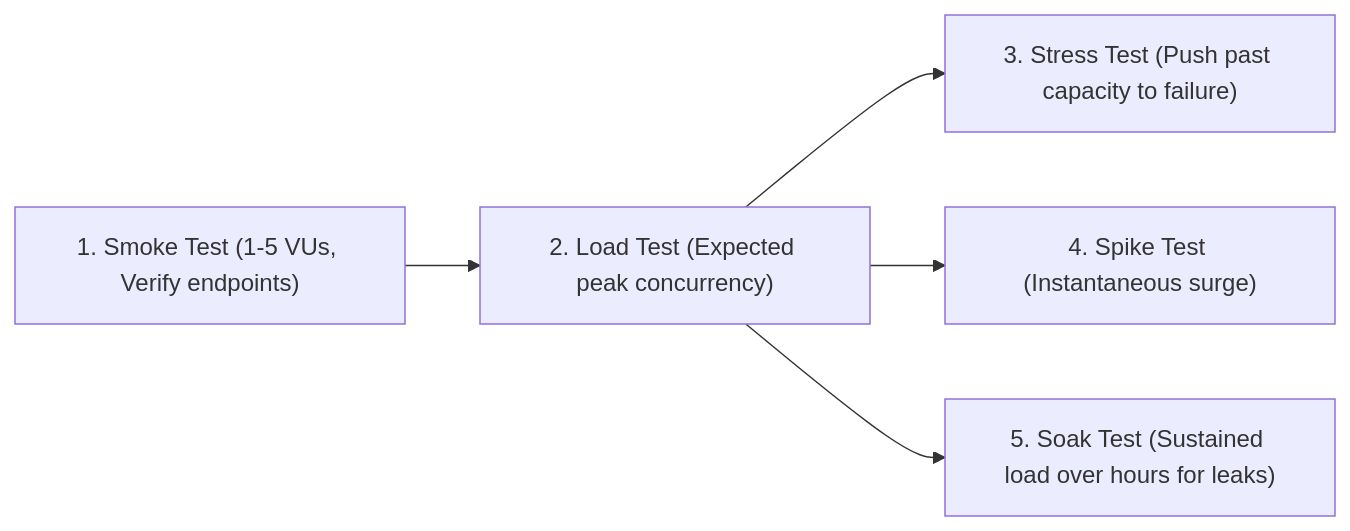
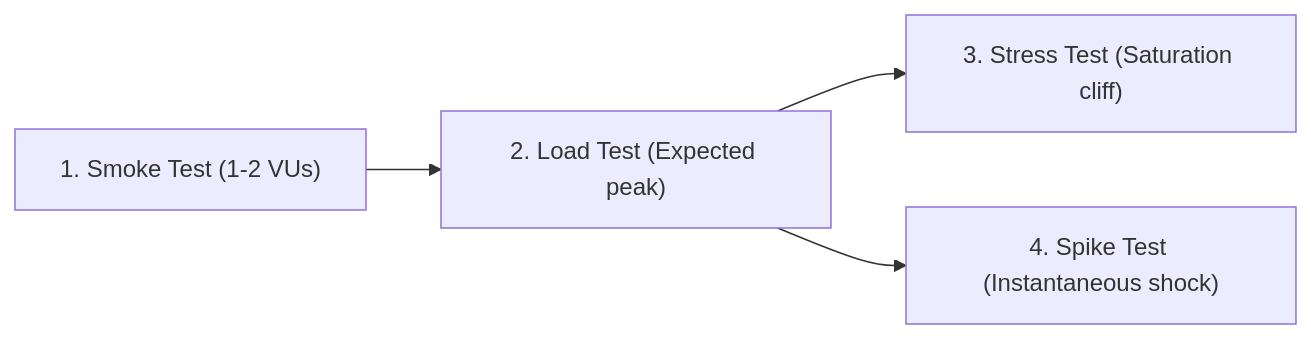
Before and after one commit to sodiqscript111/SRE_toolkit: the diagram in performance-testing/README.md, drawn with Mermaid. The commit also changed other lines of this file and 68 other files, not shown here.

````diff
--- a/performance-testing/README.md
+++ b/performance-testing/README.md
@@ -9,12 +9,6 @@
 ```mermaid
 flowchart LR
-    Smoke["1. Smoke Test (1-5 VUs, Verify endpoints)"]
-    Load["2. Load Test (Expected peak concurrency)"]
-    Stress["3. Stress Test (Push past capacity to failure)"]
-    Spike["4. Spike Test (Instantaneous surge)"]
-    Soak["5. Soak Test (Sustained load over hours for leaks)"]
-
-    Smoke --> Load --> Stress
-    Load --> Spike
-    Load --> Soak
+    Smoke["1. Smoke Test (1-2 VUs)"] --> Load["2. Load Test (Expected peak)"]
+    Load --> Stress["3. Stress Test (Saturation cliff)"]
+    Load --> Spike["4. Spike Test (Instantaneous shock)"]
 ```
````
